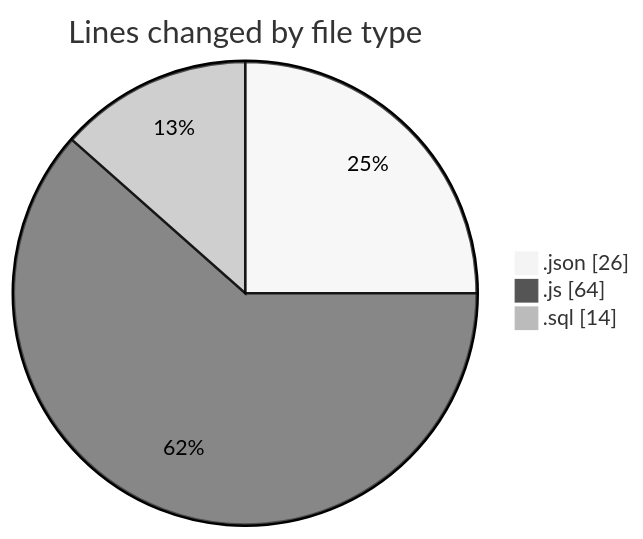
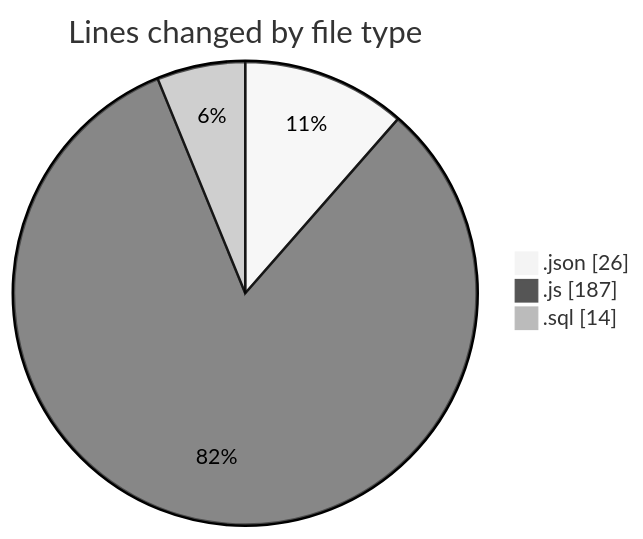
Before and after one commit to nxtqubesakshisongat/code-tracking: the first of 2 diagrams in 2025-09-10/cashcalc/README.md, drawn with Mermaid (neutral theme). The commit also changed other lines of this file and 1 other file, not shown here.

````diff
--- a/2025-09-10/cashcalc/README.md
+++ b/2025-09-10/cashcalc/README.md
@@ -23,7 +26,7 @@
 ```mermaid
 pie showData
 title Lines changed by file type
 ".json" : 26
-".js" : 64
+".js" : 187
 ".sql" : 14
 ```
````
